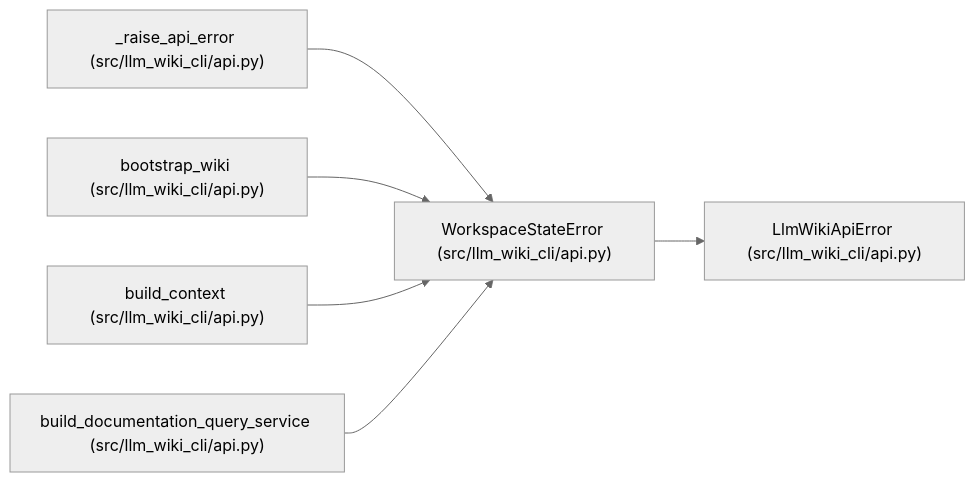
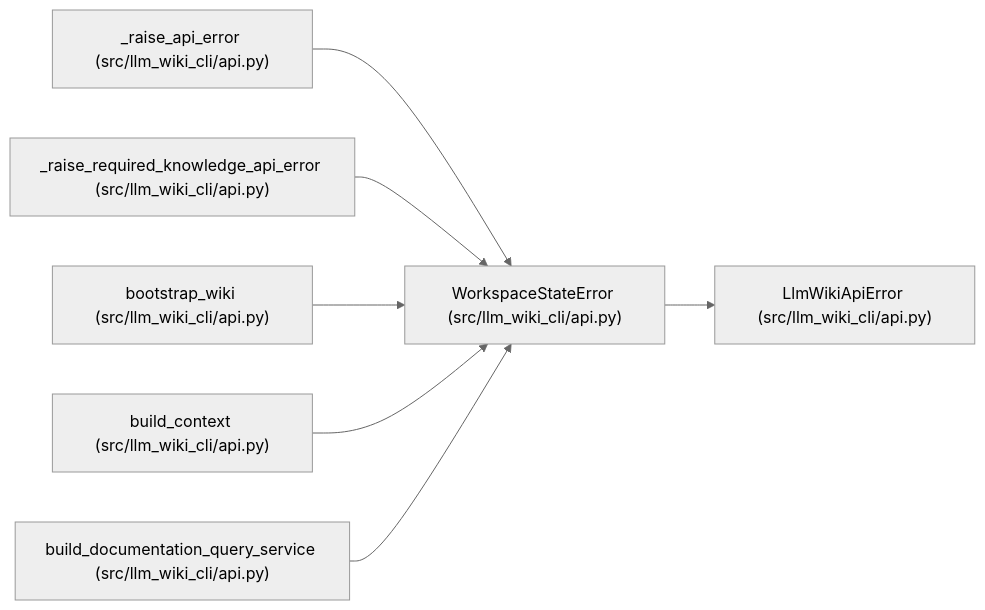
One commit to Denissvgn/python-wiki-llm changed the diagram in docs/llm_wiki/entities/WorkspaceStateError.md. Above: the diagram before and after it, drawn with Mermaid (neutral theme). The commit also changed other lines of this file and 364 other files, not shown here.

````diff
--- a/docs/llm_wiki/entities/WorkspaceStateError.md
+++ b/docs/llm_wiki/entities/WorkspaceStateError.md
@@ -23,20 +23,23 @@
 ```mermaid
 flowchart LR
     n0["WorkspaceStateError (src/llm_wiki_cli/api.py)"]
     n1["LlmWikiApiError (src/llm_wiki_cli/api.py)"]
     n2["_raise_api_error (src/llm_wiki_cli/api.py)"]
-    n3["bootstrap_wiki (src/llm_wiki_cli/api.py)"]
-    n4["build_context (src/llm_wiki_cli/api.py)"]
-    n5["build_documentation_query_service (src/llm_wiki_cli/api.py)"]
+    n3["_raise_required_knowledge_api_error (src/llm_wiki_cli/api.py)"]
+    n4["bootstrap_wiki (src/llm_wiki_cli/api.py)"]
+    n5["build_context (src/llm_wiki_cli/api.py)"]
+    n6["build_documentation_query_service (src/llm_wiki_cli/api.py)"]
     n0 --> n1
     n2 --> n0
     n3 --> n0
     n4 --> n0
     n5 --> n0
+    n6 --> n0
     click n0 "../modules/api.md"
     click n1 "../modules/api.md"
     click n2 "../modules/api.md"
     click n3 "../modules/api.md"
     click n4 "../modules/api.md"
     click n5 "../modules/api.md"
+    click n6 "../modules/api.md"
 ```
````
